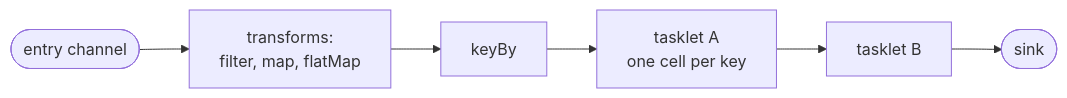
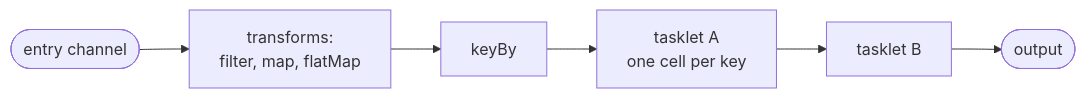
Before and after one commit to Flezha/flezha: the first of 2 diagrams in priv/ai_kit/docs/streams.md, drawn with Mermaid. The commit also changed other lines of this file and 236 other files, not shown here.

First line of the commit message:
Call a relay's exit an output instead of a sink

````diff
--- a/priv/ai_kit/docs/streams.md
+++ b/priv/ai_kit/docs/streams.md
@@ -18,7 +18,7 @@
 ```mermaid
 flowchart LR
     I(["entry channel"]) --> T["transforms:<br/>filter, map, flatMap"] --> K["keyBy"]
     K --> A["tasklet A<br/>one cell per key"]
     A --> B["tasklet B"]
-    B --> S(["sink"])
+    B --> S(["output"])
 ```
````
